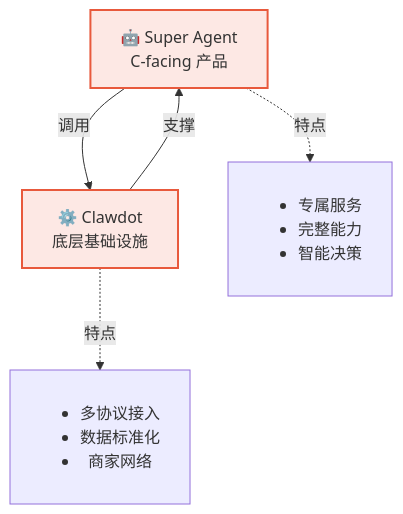
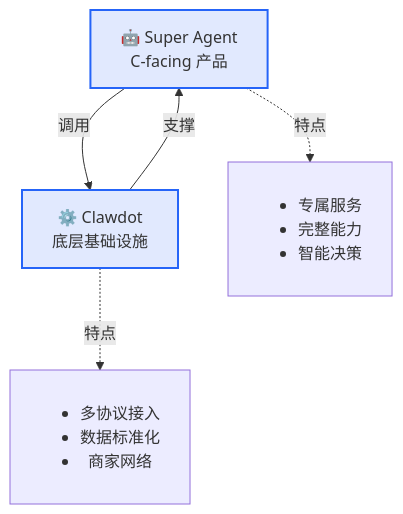
Before and after one commit to clawdot/docs: the fourth of 4 diagrams in super-agent/capabilities.mdx, drawn with Mermaid. The commit also changed other lines of this file and 43 other files, not shown here.

````diff
--- a/super-agent/capabilities.mdx
+++ b/super-agent/capabilities.mdx
@@ -209,14 +209,14 @@
 ```mermaid
 graph TB
   SA["🤖 Super Agent<br/>C-facing 产品"]
   CW["⚙️ Clawdot<br/>底层基础设施"]
 
   SA -->|调用| CW
   CW -->|支撑| SA
 
   SA -.->|特点| SAF["<ul><li>专属服务</li><li>完整能力</li><li>智能决策</li></ul>"]
   CW -.->|特点| CWF["<ul><li>多协议接入</li><li>数据标准化</li><li>商家网络</li></ul>"]
 
-  style SA fill:#fde8e4,stroke:#E8593C,stroke-width:2px
-  style CW fill:#fde8e4,stroke:#E8593C,stroke-width:2px
+  style SA fill:#E1E9FE,stroke:#2564F8,stroke-width:2px
+  style CW fill:#E1E9FE,stroke:#2564F8,stroke-width:2px
 ```
````
